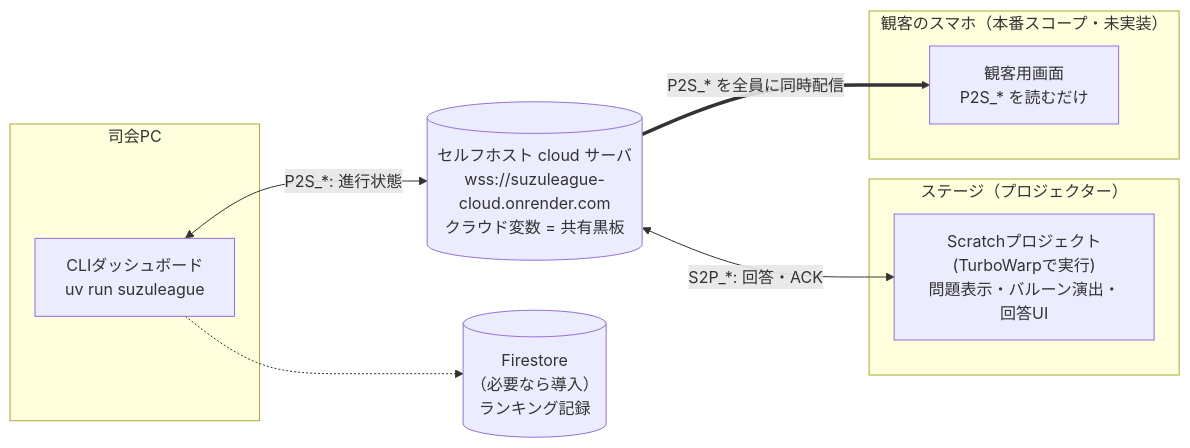
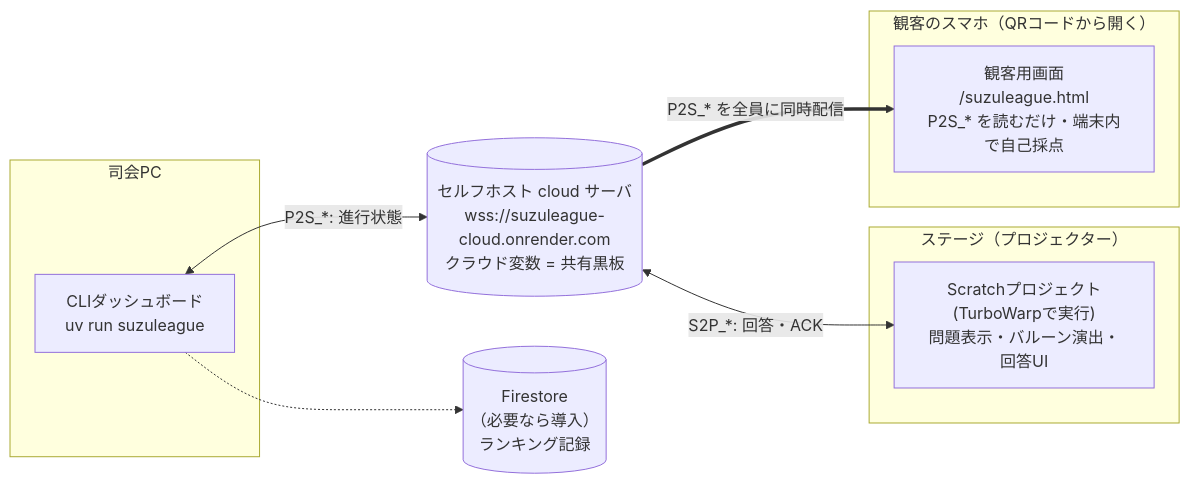
Before and after one commit to suzuka-kosen-festa/snctfes2026-suzuleague: the first of 3 diagrams in docs/architecture.md, drawn with Mermaid. The commit also changed other lines of this file and 8 other files, not shown here.

````diff
--- a/docs/architecture.md
+++ b/docs/architecture.md
@@ -20,18 +20,18 @@
 ```mermaid
 flowchart LR
     subgraph host["司会PC"]
         dash["CLIダッシュボード<br>uv run suzuleague"]
     end
     cloud[("セルフホスト cloud サーバ<br>wss://suzuleague-cloud.onrender.com<br>クラウド変数 = 共有黒板")]
     subgraph stage["ステージ（プロジェクター）"]
         scratch["Scratchプロジェクト<br>(TurboWarpで実行)<br>問題表示・バルーン演出・回答UI"]
     end
-    subgraph audience["観客のスマホ（本番スコープ・未実装）"]
-        aud["観客用画面<br>P2S_* を読むだけ"]
+    subgraph audience["観客のスマホ（QRコードから開く）"]
+        aud["観客用画面<br>/suzuleague.html<br>P2S_* を読むだけ・端末内で自己採点"]
     end
     dash <-->|"P2S_*: 進行状態"| cloud
     cloud <-->|"S2P_*: 回答・ACK"| scratch
     cloud ==>|"P2S_* を全員に同時配信"| aud
     firestore[("Firestore<br>（必要なら導入）<br>ランキング記録")]
     dash -.-> firestore
 ```
````
